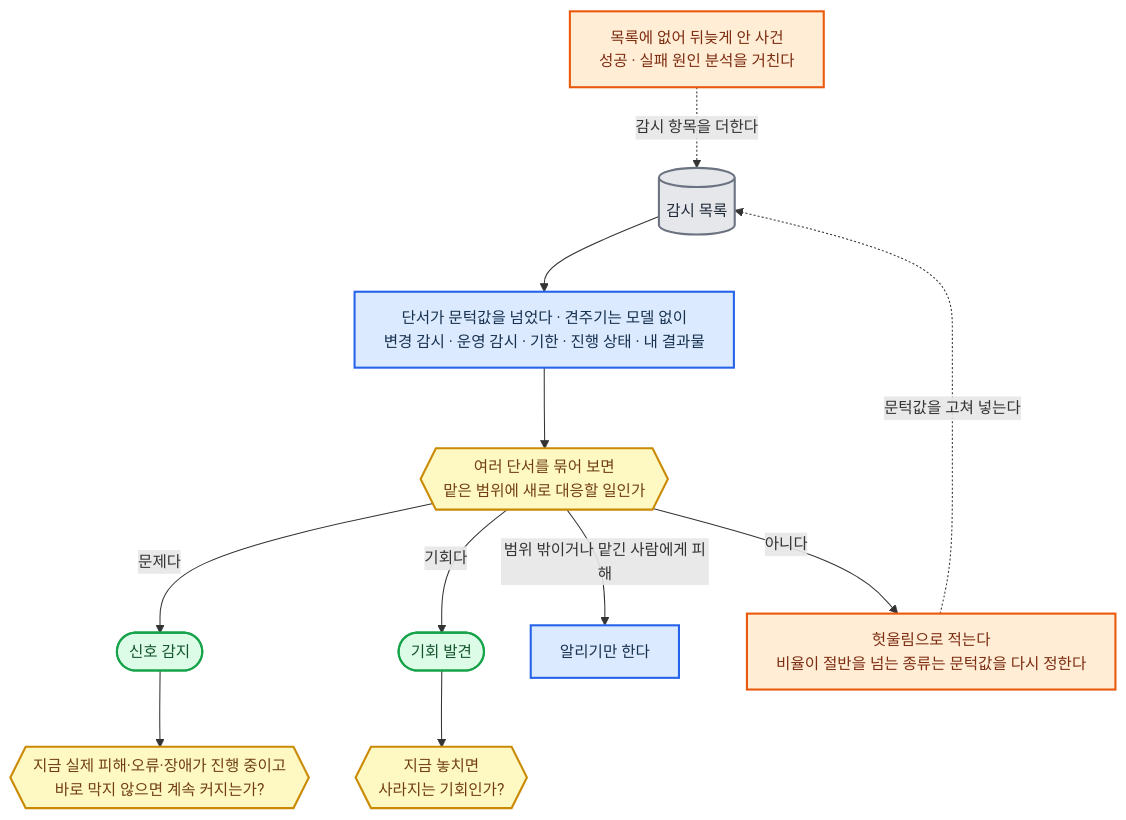
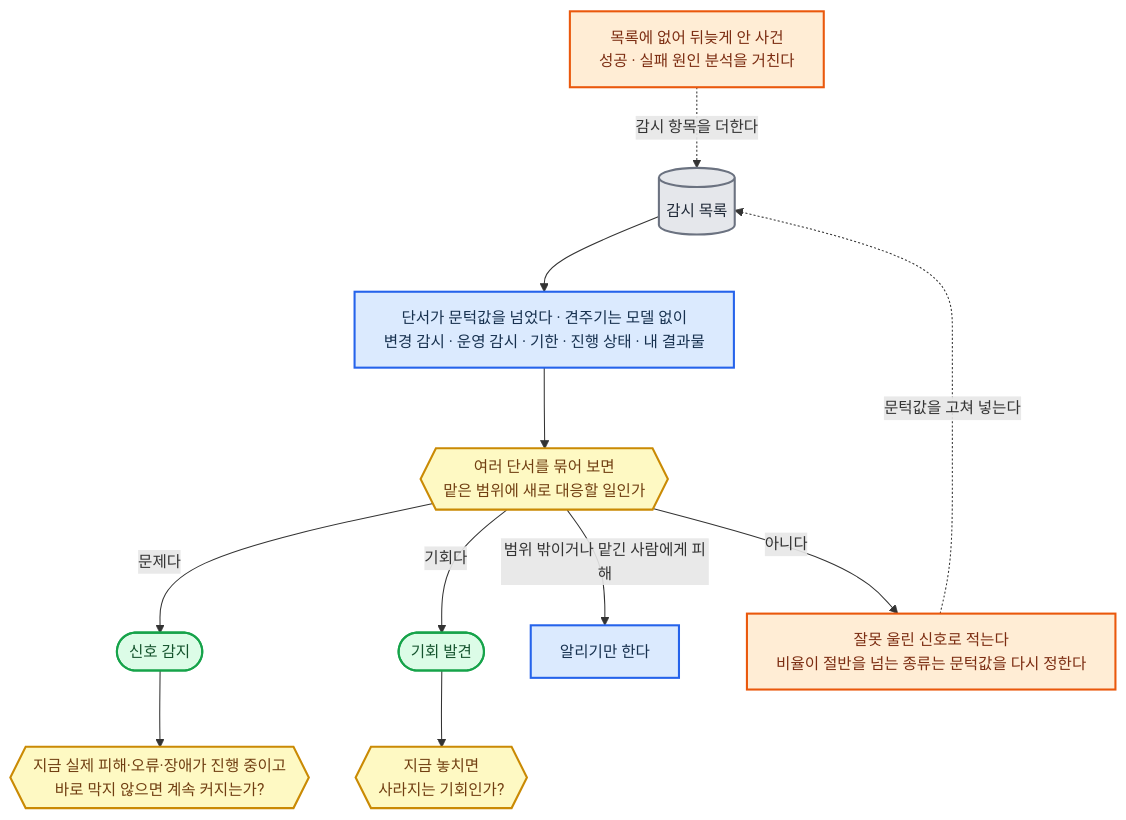
One commit to harisbaguette/expert changed diagram 16 of 27 in 전문가 에이전트 정의 2.md. Above: the diagram before and after it, drawn with Mermaid. The commit also changed other lines of this file, not shown here.

````diff
--- a/전문가 에이전트 정의 2.md
+++ b/전문가 에이전트 정의 2.md
@@ -1911,16 +1918,16 @@
 ```mermaid
 %%{init: {"flowchart": {"wrappingWidth": 640, "curve": "basis", "nodeSpacing": 45, "rankSpacing": 55, "padding": 14, "useMaxWidth": true}, "themeVariables": {"fontSize": "15px"}} }%%
 flowchart TB
     W[("감시 목록")]:::store --> CUE["단서가 문턱값을 넘었다 · 견주기는 모델 없이<br/>변경 감시 · 운영 감시 · 기한 · 진행 상태 · 내 결과물"]:::main --> Q{{"여러 단서를 묶어 보면<br/>맡은 범위에 새로 대응할 일인가"}}:::note
     Q -- "문제다" --> SIGNAL(["신호 감지"]):::good --> HARM{{"지금 실제 피해·오류·장애가 진행 중이고<br/>바로 막지 않으면 계속 커지는가?"}}:::note
     Q -- "기회다" --> CHANCE(["기회 발견"]):::good --> OPPORTUNITY{{"지금 놓치면<br/>사라지는 기회인가?"}}:::note
     Q -- "범위 밖이거나 맡긴 사람에게 피해" --> TELL["알리기만 한다"]:::main
-    Q -- "아니다" --> FALSE["헛울림으로 적는다<br/>비율이 절반을 넘는 종류는 문턱값을 다시 정한다"]:::back
+    Q -- "아니다" --> FALSE["잘못 울린 신호로 적는다<br/>비율이 절반을 넘는 종류는 문턱값을 다시 정한다"]:::back
     FALSE -. "문턱값을 고쳐 넣는다" .-> W
     MISS["목록에 없어 뒤늦게 안 사건<br/>성공 · 실패 원인 분석을 거친다"]:::back -. "감시 항목을 더한다" .-> W
     classDef main fill:#dbeafe,stroke:#2563eb,stroke-width:2px,color:#17314f
     classDef back fill:#ffedd5,stroke:#ea580c,stroke-width:2px,color:#7c2d12
     classDef store fill:#e5e7eb,stroke:#6b7280,stroke-width:2px,color:#1f2937
     classDef good fill:#dcfce7,stroke:#16a34a,stroke-width:2px,color:#14532d
     classDef note fill:#fef9c3,stroke:#ca8a04,stroke-width:2px,color:#713f12
 ```
````
